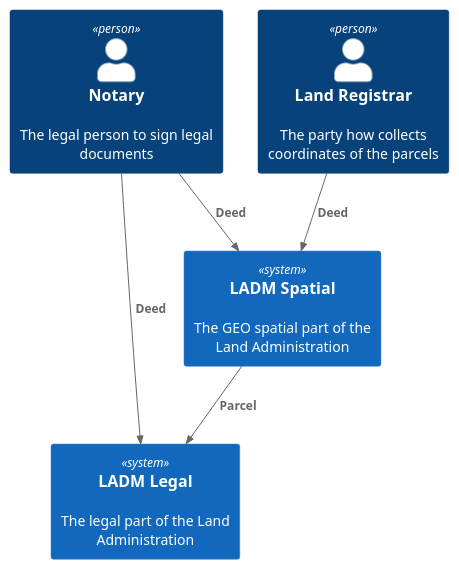
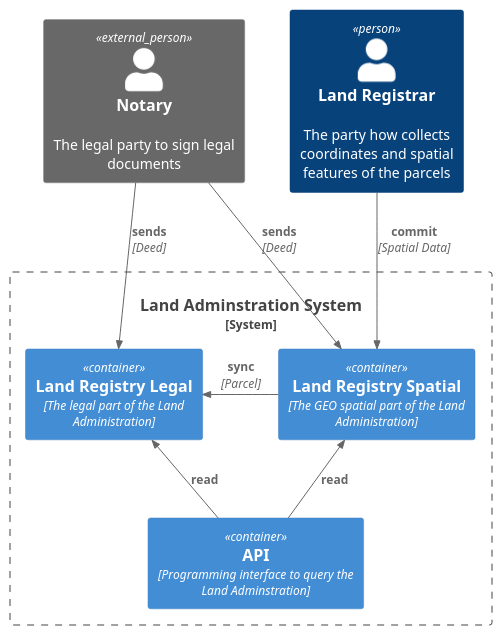
Before and after one commit to marcvanandel/model-driven-low-code-playground: the diagram in land-administration-system/src/system-context.puml, drawn with PlantUML. The commit also changed 5 other files, not shown here.

Commit message:
legal registry

```diff
--- a/land-administration-system/src/system-context.puml
+++ b/land-administration-system/src/system-context.puml
@@ -1,13 +1,20 @@
-@startuml C4_Elements
-!includeurl https://raw.githubusercontent.com/RicardoNiepel/C4-PlantUML/release/1-0/C4_Container.puml
+@startuml LandAdministrationSystemContext
+!includeurl https://raw.githubusercontent.com/RicardoNiepel/C4-PlantUML/master/C4_Container.puml
 
-Person(notary, "Notary", "The legal person to sign legal documents")
-Person(landRegistrar, "Land Registrar", "The party how collects coordinates of the parcels")
-System(ladmLegal, "LADM Legal", "The legal part of the Land Administration")
-System(ladmSpatial, "LADM Spatial", "The GEO spatial part of the Land Administration")
+Person_Ext(notary, "Notary", "The legal party to sign legal documents")
+Person(landRegistrar, "Land Registrar", "The party how collects coordinates and spatial features of the parcels")
+System_Boundary(sys1, "Land Adminstration System") {
+    Container(ladmLegal, "Land Registry Legal", "The legal part of the Land Administration")
+    Container(ladmSpatial, "Land Registry Spatial", "The GEO spatial part of the Land Administration")
+    Container(ladmApi, "API", "Programming interface to query the Land Adminstration")
 
-Rel(ladmSpatial, ladmLegal, "Parcel")
-Rel(notary, ladmLegal, "Deed")
-Rel(notary, ladmSpatial, "Deed")
-Rel(landRegistrar, ladmSpatial, "Deed")
+}
+
+Rel(notary, ladmLegal, "sends", "Deed")
+Rel(notary, ladmSpatial, "sends", "Deed")
+Rel(landRegistrar, ladmSpatial, "commit", "Spatial Data")
+Rel_Right(ladmSpatial, ladmLegal, "sync", "Parcel")
+Rel_U(ladmApi, ladmSpatial, "read")
+Rel_U(ladmApi, ladmLegal, "read")
+
 @enduml
```
